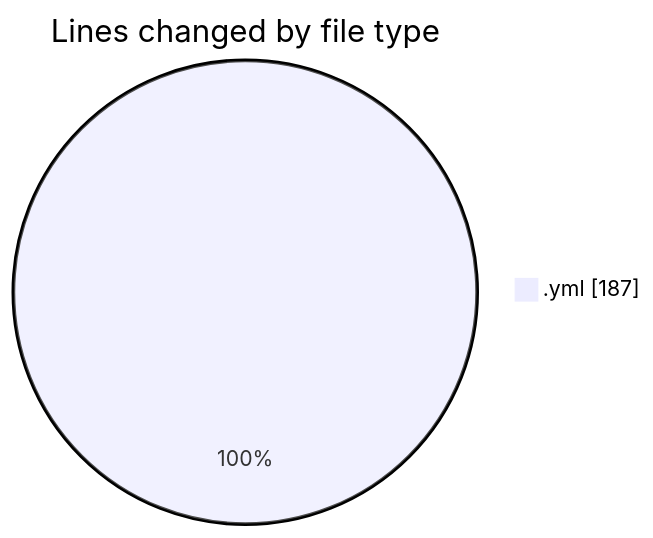
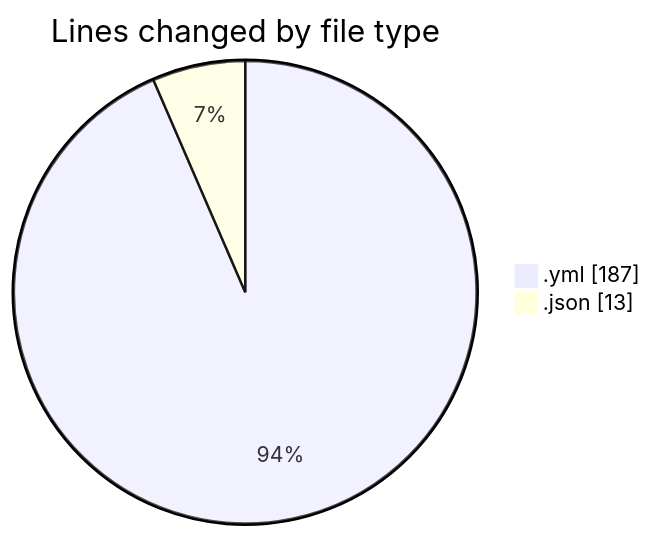
Before and after one commit to donsfak/code-tracking: the first of 2 diagrams in 2025-02-10/maps_clone/README.md, drawn with Mermaid. The commit also changed other lines of this file and 1 other file, not shown here.

````diff
--- a/2025-02-10/maps_clone/README.md
+++ b/2025-02-10/maps_clone/README.md
@@ -20,5 +22,6 @@
 ```mermaid
 pie showData
 title Lines changed by file type
 ".yml" : 187
+".json" : 13
 ```
````
